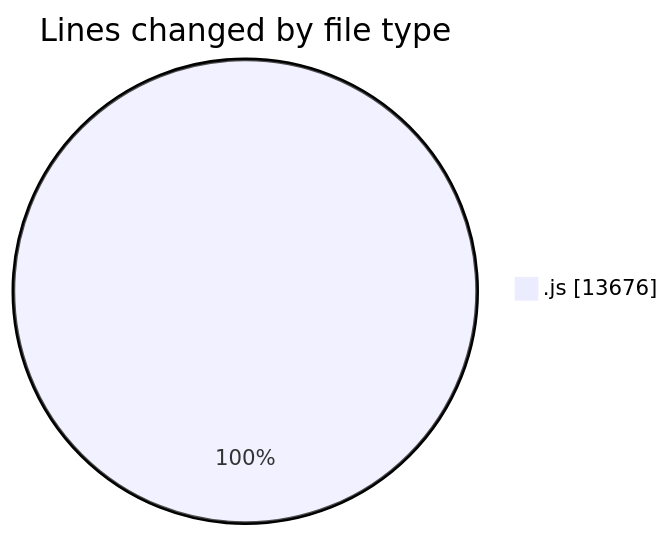
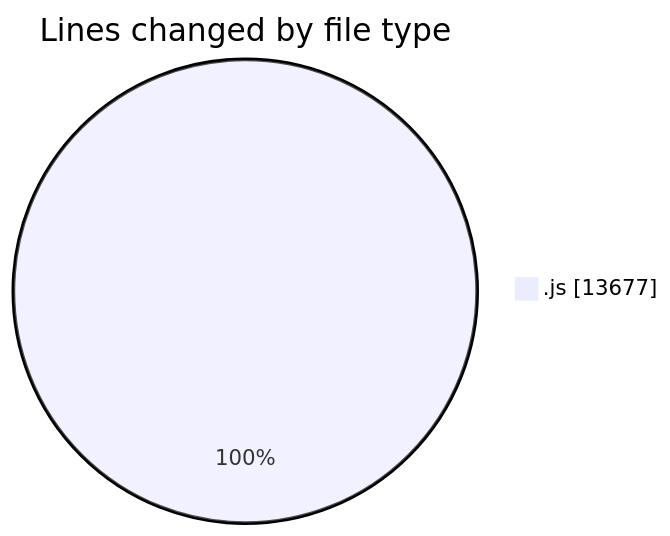
The first of 2 diagrams in 2025-12-09/nxtqube_webapp/README.md (nxtqubesakshisongat/code-tracking), drawn with Mermaid before and after one commit. The commit also changed other lines of this file and 1 other file, not shown here.

````diff
--- a/2025-12-09/nxtqube_webapp/README.md
+++ b/2025-12-09/nxtqube_webapp/README.md
@@ -20,5 +20,5 @@
 ```mermaid
 pie showData
 title Lines changed by file type
-".js" : 13676
+".js" : 13677
 ```
````
